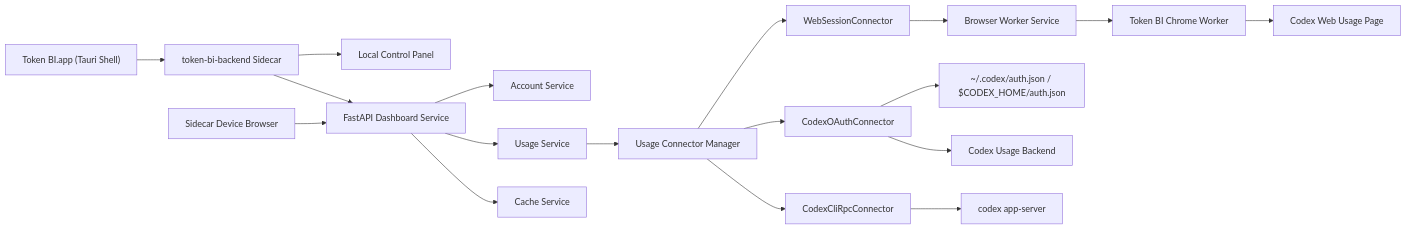
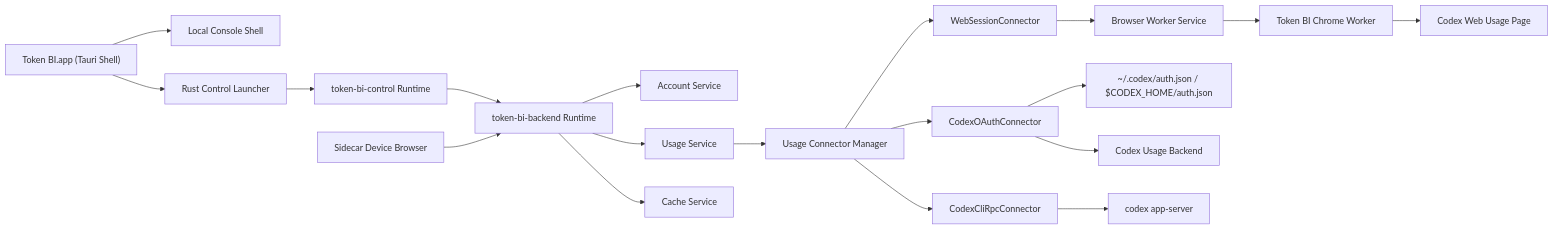
The first of 3 diagrams in docs/TECH_ARCHITECTURE_V1.0.0.md (gbs00/Token_BI), drawn with Mermaid before and after one commit. The commit also changed other lines of this file and 33 other files, not shown here.

````diff
--- a/docs/TECH_ARCHITECTURE_V1.0.0.md
+++ b/docs/TECH_ARCHITECTURE_V1.0.0.md
@@ -87,23 +87,24 @@
 ```mermaid
 flowchart LR
-    T["Token BI.app (Tauri Shell)"] --> S["token-bi-backend Sidecar"]
-    S --> C["Local Control Panel"]
-    S --> D["FastAPI Dashboard Service"]
+    T["Token BI.app (Tauri Shell)"] --> H["Local Console Shell"]
+    T --> L["Rust Control Launcher"]
+    L --> C["token-bi-control Runtime"]
+    C --> D["token-bi-backend Runtime"]
     P["Sidecar Device Browser"] --> D
 
     D --> A["Account Service"]
     D --> U["Usage Service"]
     D --> K["Cache Service"]
 
     U --> M["Usage Connector Manager"]
     M --> O["CodexOAuthConnector"]
     M --> R["CodexCliRpcConnector"]
     M --> W["WebSessionConnector"]
     W --> B["Browser Worker Service"]
     B --> G["Token BI Chrome Worker"]
 
     O --> OA["~/.codex/auth.json / $CODEX_HOME/auth.json"]
     O --> OU["Codex Usage Backend"]
     R --> CR["codex app-server"]
     G --> CW["Codex Web Usage Page"]
 ```
````
